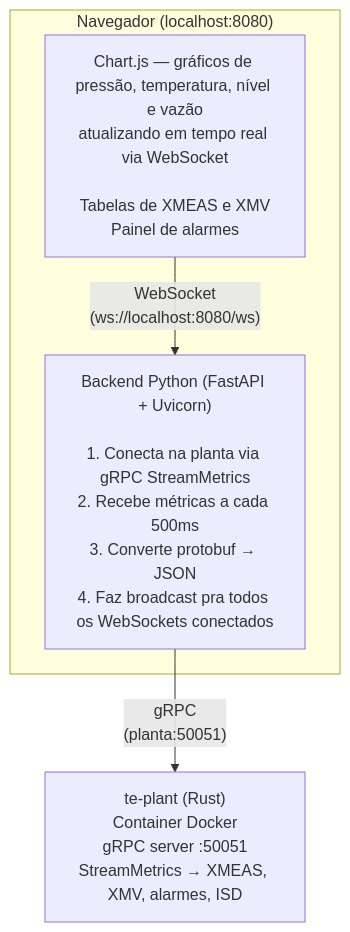
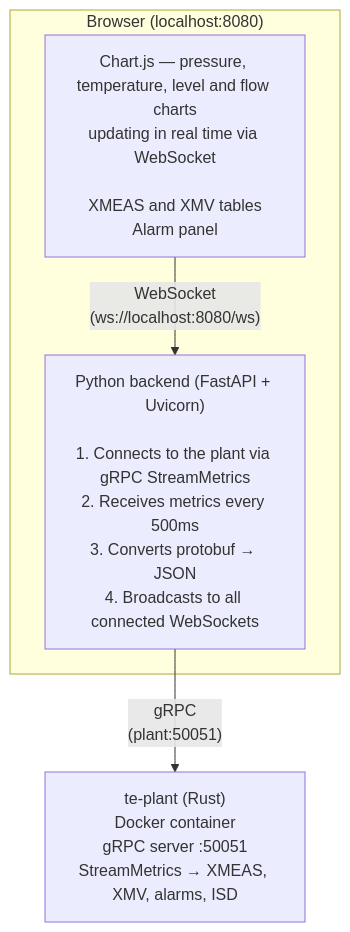
Before and after one commit to Green-Cinnamon-Labs/tep-ihm: the diagram in README.md, drawn with Mermaid. The commit also changed other lines of this file, not shown here.

````diff
--- a/README.md
+++ b/README.md
@@ -18,25 +18,25 @@
 ```mermaid
 flowchart TB
-    subgraph Browser["Navegador (localhost:8080)"]
-        UI["Chart.js — gráficos de pressão, temperatura, nível e vazão
-atualizando em tempo real via WebSocket
+    subgraph Browser["Browser (localhost:8080)"]
+        UI["Chart.js — pressure, temperature, level and flow charts
+updating in real time via WebSocket
 
-Tabelas de XMEAS e XMV
-Painel de alarmes"]
+XMEAS and XMV tables
+Alarm panel"]
 
-        API["Backend Python (FastAPI + Uvicorn)
+        API["Python backend (FastAPI + Uvicorn)
 
-1. Conecta na planta via gRPC StreamMetrics
-2. Recebe métricas a cada 500ms
-3. Converte protobuf → JSON
-4. Faz broadcast pra todos os WebSockets conectados"]
+1. Connects to the plant via gRPC StreamMetrics
+2. Receives metrics every 500ms
+3. Converts protobuf → JSON
+4. Broadcasts to all connected WebSockets"]
     end
 
     Plant["te-plant (Rust)
-Container Docker
+Docker container
 gRPC server :50051
-StreamMetrics → XMEAS, XMV, alarmes, ISD"]
+StreamMetrics → XMEAS, XMV, alarms, ISD"]
 
     UI -->|"WebSocket\n(ws://localhost:8080/ws)"| API
-    API -->|"gRPC\n(planta:50051)"| Plant
+    API -->|"gRPC\n(plant:50051)"| Plant
 ```
````
